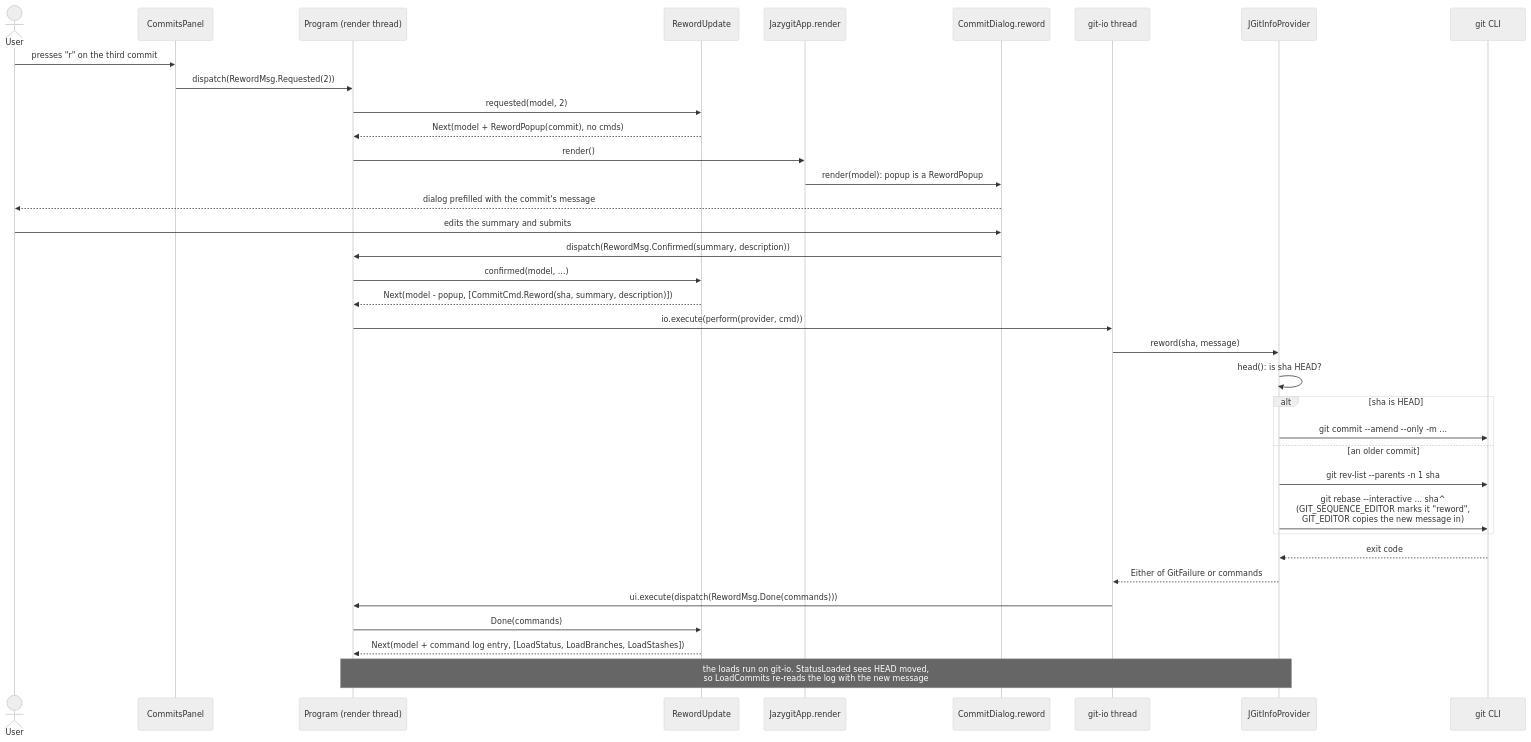
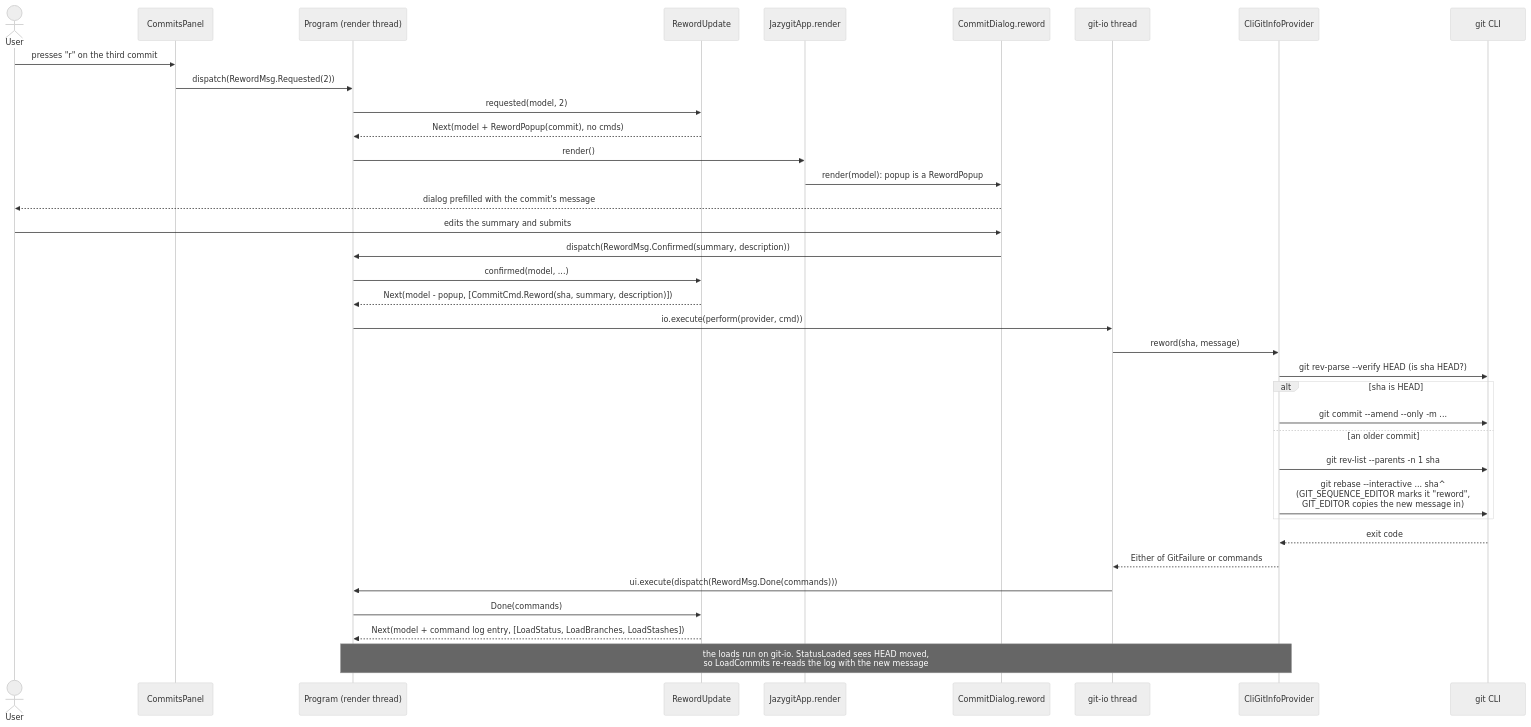
Before and after one commit to cvanfleteren/jazygit: the sixth of 7 diagrams in ARCHITECTURE.md, drawn with Mermaid (neutral theme). The commit also changed other lines of this file and 31 other files, not shown here.

First line of the commit message:
Drop JGit: read the repository through the git command line only

````diff
--- a/ARCHITECTURE.md
+++ b/ARCHITECTURE.md
@@ -320,42 +324,42 @@
 ```mermaid
 sequenceDiagram
     actor User
     participant Panel as CommitsPanel
     participant Program as Program (render thread)
     participant Update as RewordUpdate
     participant App as JazygitApp.render
     participant Dialog as CommitDialog.reword
     participant IO as git-io thread
-    participant Provider as JGitInfoProvider
+    participant Provider as CliGitInfoProvider
     participant Git as git CLI
 
     User->>Panel: presses "r" on the third commit
     Panel->>Program: dispatch(RewordMsg.Requested(2))
     Program->>Update: requested(model, 2)
     Update-->>Program: Next(model + RewordPopup(commit), no cmds)
     Program->>App: render()
     App->>Dialog: render(model): popup is a RewordPopup
     Dialog-->>User: dialog prefilled with the commit's message
 
     User->>Dialog: edits the summary and submits
     Dialog->>Program: dispatch(RewordMsg.Confirmed(summary, description))
     Program->>Update: confirmed(model, ...)
     Update-->>Program: Next(model - popup, [CommitCmd.Reword(sha, summary, description)])
     Program->>IO: io.execute(perform(provider, cmd))
 
     IO->>Provider: reword(sha, message)
-    Provider->>Provider: head(): is sha HEAD?
+    Provider->>Git: git rev-parse --verify HEAD (is sha HEAD?)
     alt sha is HEAD
         Provider->>Git: git commit --amend --only -m ...
     else an older commit
         Provider->>Git: git rev-list --parents -n 1 sha
         Provider->>Git: git rebase --interactive ... sha^<br/>(GIT_SEQUENCE_EDITOR marks it "reword",<br/>GIT_EDITOR copies the new message in)
     end
     Git-->>Provider: exit code
     Provider-->>IO: Either of GitFailure or commands
     IO->>Program: ui.execute(dispatch(RewordMsg.Done(commands)))
 
     Program->>Update: Done(commands)
     Update-->>Program: Next(model + command log entry, [LoadStatus, LoadBranches, LoadStashes])
     Note over Program,Provider: the loads run on git-io. StatusLoaded sees HEAD moved,<br/>so LoadCommits re-reads the log with the new message
 ```
````
